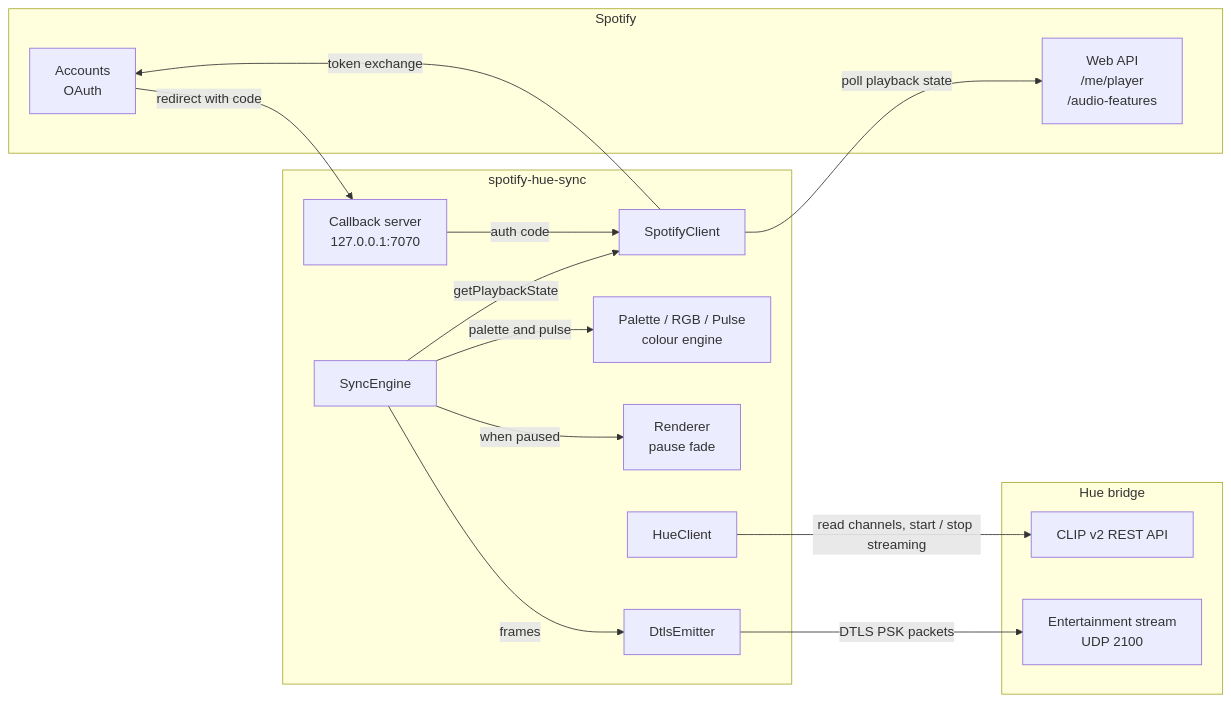
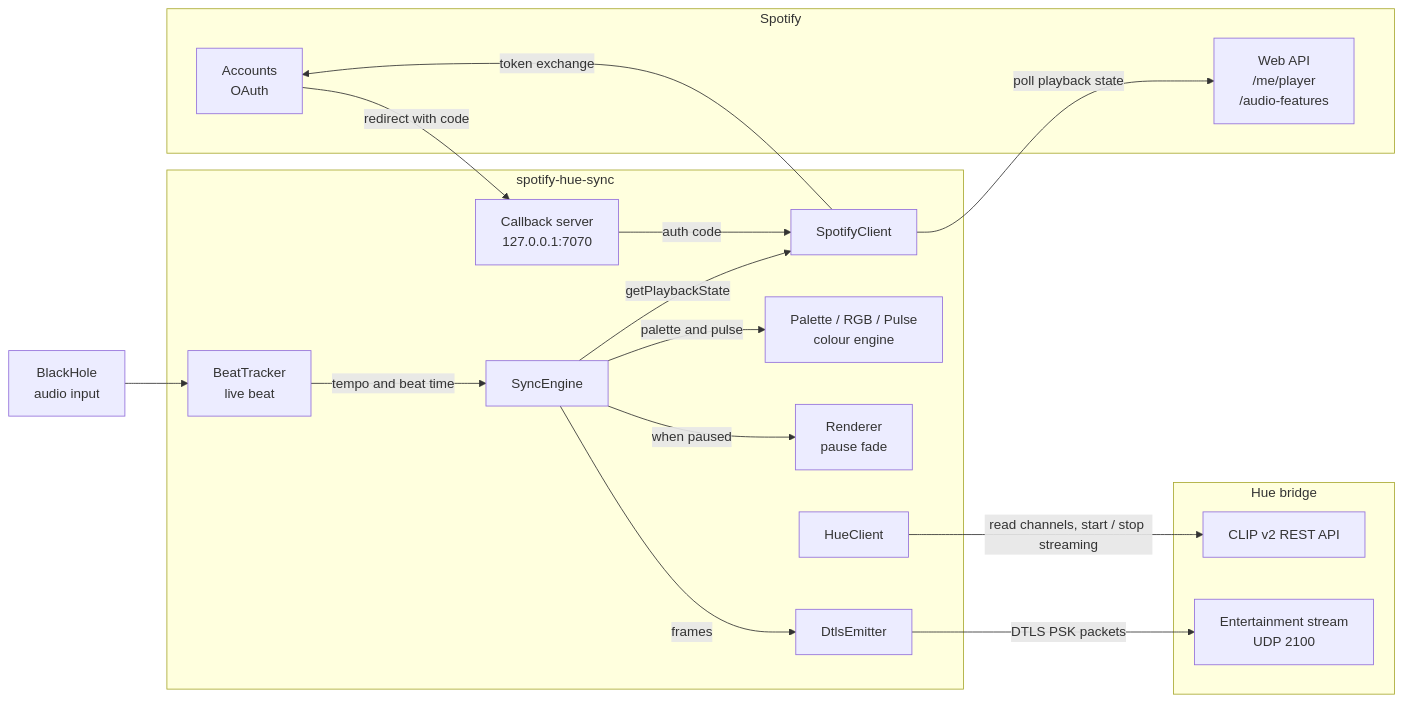
The first of 3 diagrams in docs/architecture.md (LorenzoPrinsloo/spotify-hue-sync), drawn with Mermaid before and after one commit. The commit also changed other lines of this file and 3 other files, not shown here.

Commit message:
Document live beat detection and BlackHole setup

````diff
--- a/docs/architecture.md
+++ b/docs/architecture.md
@@ -7,33 +7,36 @@
 ```mermaid
 flowchart LR
     subgraph Spotify
         API[Web API<br/>/me/player<br/>/audio-features]
         ACC[Accounts<br/>OAuth]
     end
 
     subgraph App[spotify-hue-sync]
         CB[Callback server<br/>127.0.0.1:7070]
         SC[SpotifyClient]
         SE[SyncEngine]
         PAL[Palette / RGB / Pulse<br/>colour engine]
         REN[Renderer<br/>pause fade]
+        BT[BeatTracker<br/>live beat]
         HC[HueClient]
         DE[DtlsEmitter]
     end
 
     subgraph Hue[Hue bridge]
         CLIP[CLIP v2 REST API]
         ENT[Entertainment stream<br/>UDP 2100]
     end
 
     ACC -- redirect with code --> CB
     CB -- auth code --> SC
     SC -- token exchange --> ACC
     SC -- poll playback state --> API
     SE -- getPlaybackState --> SC
     SE -- palette and pulse --> PAL
     SE -- when paused --> REN
+    BH[BlackHole<br/>audio input] --> BT
+    BT -- tempo and beat time --> SE
     SE -- frames --> DE
     HC -- read channels, start / stop streaming --> CLIP
     DE -- DTLS PSK packets --> ENT
 ```
````
